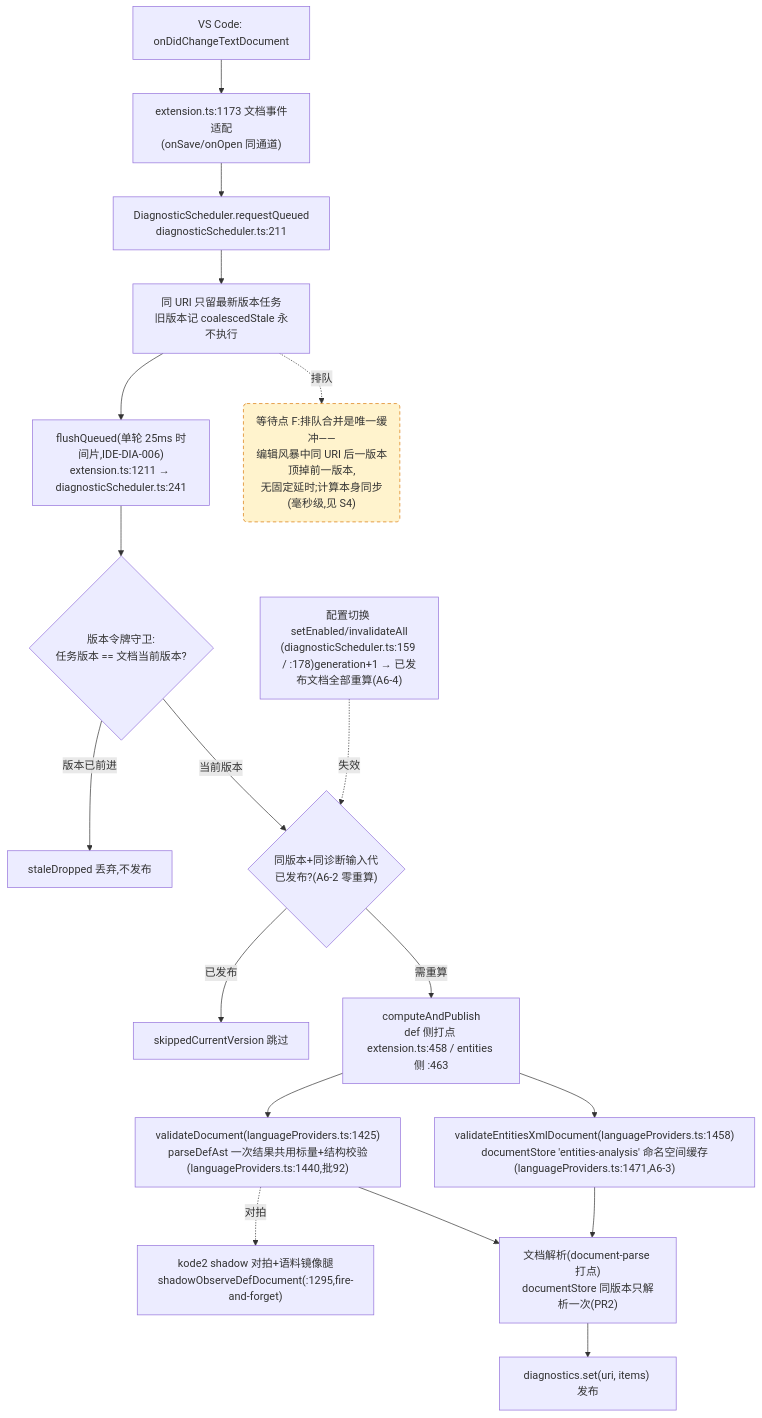
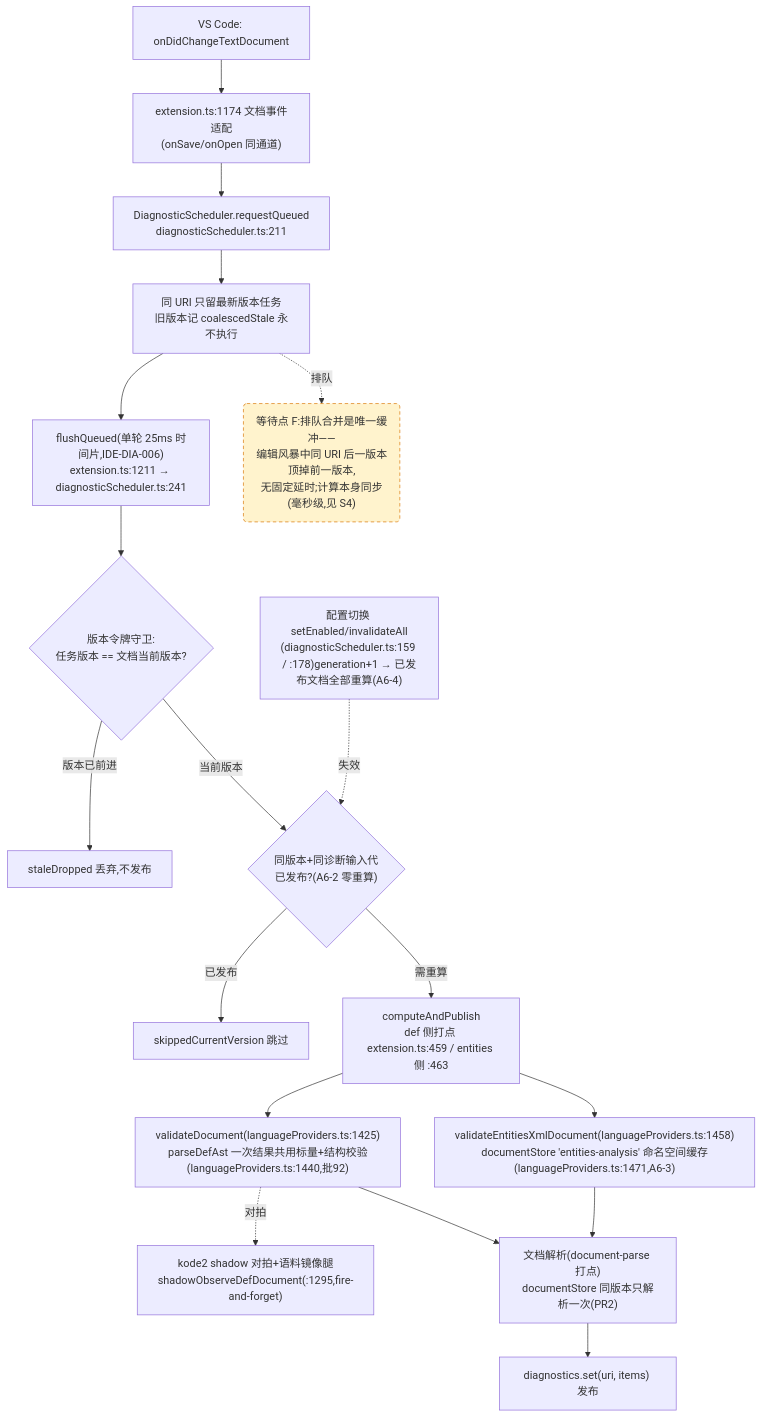
The fourth of 4 diagrams in docs/perf/2026-baseline.md (cuihairu/kode), drawn with Mermaid before and after one commit. The commit also changed other lines of this file and 8 other files, not shown here.

````diff
--- a/docs/perf/2026-baseline.md
+++ b/docs/perf/2026-baseline.md
@@ -214,38 +214,38 @@
 ```mermaid
 flowchart TD
   CHG["VS Code: onDidChangeTextDocument"]
-  WATCH["extension.ts:1173 文档事件适配<br/>(onSave/onOpen 同通道)"]
+  WATCH["extension.ts:1174 文档事件适配<br/>(onSave/onOpen 同通道)"]
   RQ["DiagnosticScheduler.requestQueued<br/>diagnosticScheduler.ts:211"]
   CO["同 URI 只留最新版本任务<br/>旧版本记 coalescedStale 永不执行"]
   FL["flushQueued(单轮 25ms 时间片,IDE-DIA-006)<br/>extension.ts:1211 → diagnosticScheduler.ts:241"]
   VG{"版本令牌守卫:<br/>任务版本 == 文档当前版本?"}
   DROP["staleDropped 丢弃,不发布"]
   GEN{"同版本+同诊断输入代<br/>已发布?(A6-2 零重算)"}
   SKIP["skippedCurrentVersion 跳过"]
-  CALC["computeAndPublish<br/>def 侧打点 extension.ts:458 / entities 侧 :463"]
+  CALC["computeAndPublish<br/>def 侧打点 extension.ts:459 / entities 侧 :463"]
   VD["validateDocument(languageProviders.ts:1425)<br/>parseDefAst 一次结果共用标量+结构校验(languageProviders.ts:1440,批92)"]
   VEX["validateEntitiesXmlDocument(languageProviders.ts:1458)<br/>documentStore 'entities-analysis' 命名空间缓存(languageProviders.ts:1471,A6-3)"]
   SHDD["kode2 shadow 对拍+语料镜像腿<br/>shadowObserveDefDocument(:1295,fire-and-forget)"]
   DS["文档解析(document-parse 打点)<br/>documentStore 同版本只解析一次(PR2)"]
   PUB["diagnostics.set(uri, items) 发布"]
   CFG2["配置切换 setEnabled/invalidateAll<br/>(diagnosticScheduler.ts:159 / :178)generation+1 → 已发布文档全部重算(A6-4)"]
 
   CHG --> WATCH --> RQ --> CO --> FL --> VG
   VG -- "版本已前进" --> DROP
   VG -- "当前版本" --> GEN
   GEN -- "已发布" --> SKIP
   GEN -- "需重算" --> CALC
   CALC --> VD
   CALC --> VEX
   VD --> DS
   VEX --> DS
   DS --> PUB
   VD -.->|对拍| SHDD
   CFG2 -.->|失效| GEN
 
   WAITF("等待点 F:排队合并是唯一缓冲——<br/>编辑风暴中同 URI 后一版本顶掉前一版本,<br/>无固定延时;计算本身同步(毫秒级,见 S4)")
   CO -.->|排队| WAITF
 
   classDef waitPoint fill:#fff3cd,stroke:#d97706,stroke-dasharray:5 4;
   class WAITF waitPoint;
 ```
````
